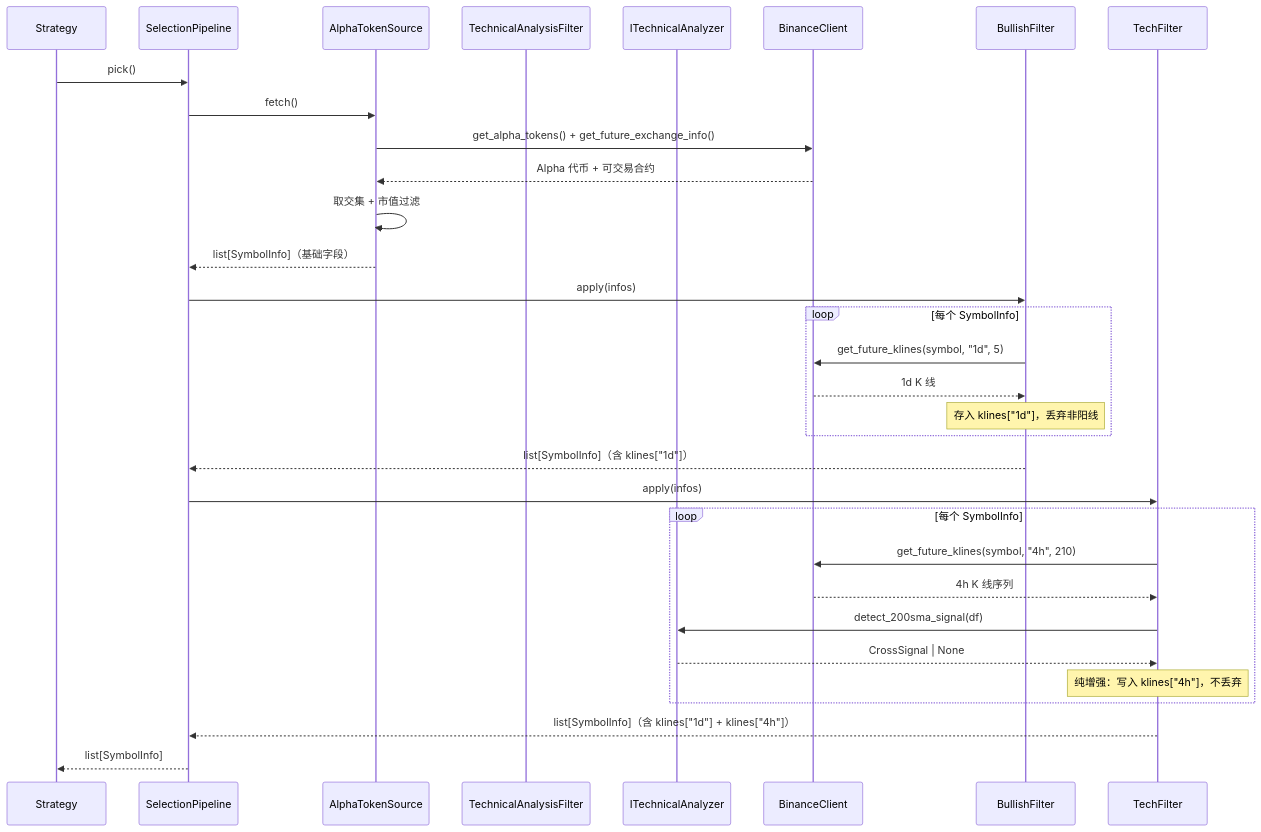
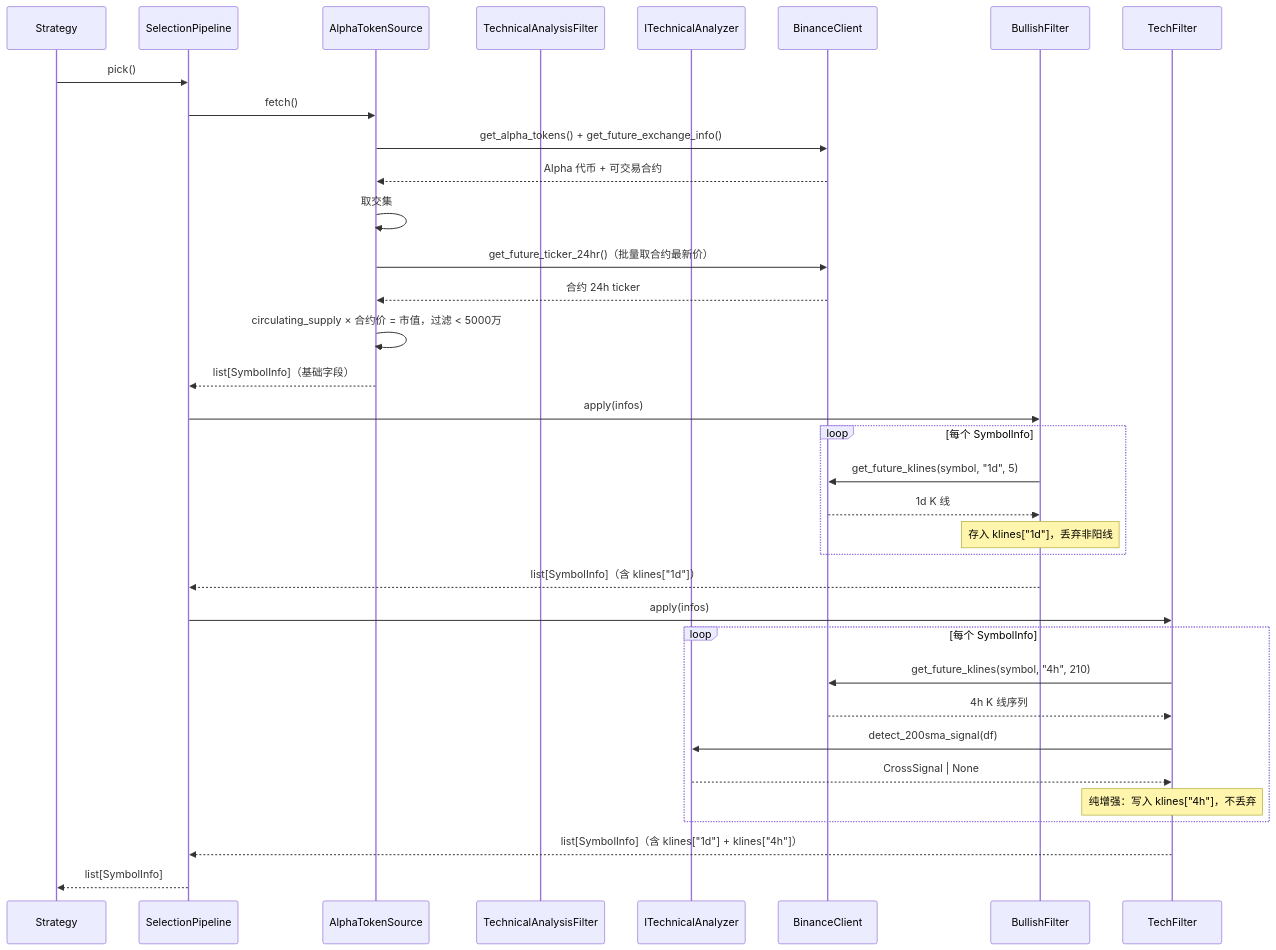
Before and after one commit to cqlwm/trading-service: the second of 5 diagrams in architecture_document/04-strategy-engine.md, drawn with Mermaid. The commit also changed other lines of this file and 35 other files, not shown here.

````diff
--- a/architecture_document/04-strategy-engine.md
+++ b/architecture_document/04-strategy-engine.md
@@ -220,33 +226,36 @@
 ```mermaid
 sequenceDiagram
     participant Strategy as Strategy
     participant Pipeline as SelectionPipeline
     participant Source as AlphaTokenSource
     participant Filter as TechnicalAnalysisFilter
     participant Analyzer as ITechnicalAnalyzer
     participant Binance as BinanceClient
 
     Strategy->>Pipeline: pick()
     Pipeline->>Source: fetch()
     Source->>Binance: get_alpha_tokens() + get_future_exchange_info()
     Binance-->>Source: Alpha 代币 + 可交易合约
-    Source->>Source: 取交集 + 市值过滤
+    Source->>Source: 取交集
+    Source->>Binance: get_future_ticker_24hr()（批量取合约最新价）
+    Binance-->>Source: 合约 24h ticker
+    Source->>Source: circulating_supply × 合约价 = 市值，过滤 < 5000万
     Source-->>Pipeline: list[SymbolInfo]（基础字段）
     Pipeline->>BullishFilter: apply(infos)
     loop 每个 SymbolInfo
         BullishFilter->>Binance: get_future_klines(symbol, "1d", 5)
         Binance-->>BullishFilter: 1d K 线
         Note over BullishFilter: 存入 klines["1d"]，丢弃非阳线
     end
     BullishFilter-->>Pipeline: list[SymbolInfo]（含 klines["1d"]）
     Pipeline->>TechFilter: apply(infos)
     loop 每个 SymbolInfo
         TechFilter->>Binance: get_future_klines(symbol, "4h", 210)
         Binance-->>TechFilter: 4h K 线序列
         TechFilter->>Analyzer: detect_200sma_signal(df)
         Analyzer-->>TechFilter: CrossSignal | None
         Note over TechFilter: 纯增强：写入 klines["4h"]，不丢弃
     end
     TechFilter-->>Pipeline: list[SymbolInfo]（含 klines["1d"] + klines["4h"]）
     Pipeline-->>Strategy: list[SymbolInfo]
 ```
````
